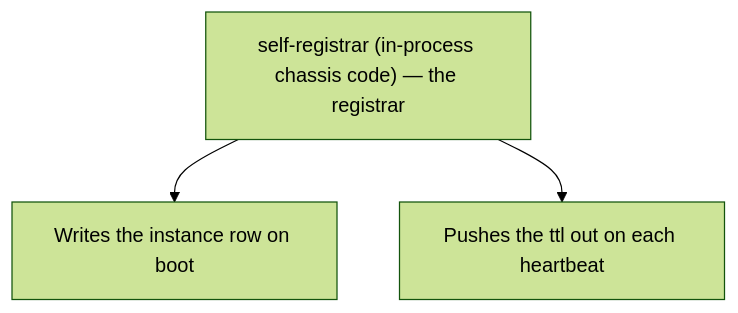
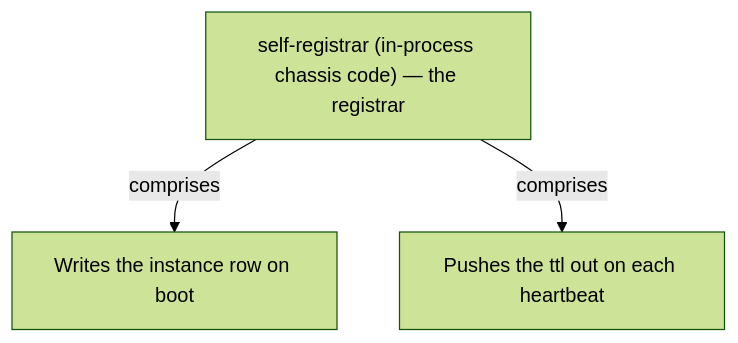
The fifth of 12 diagrams in docs/ch10-self-registration.md (vinayakuber/microservices-io-study-guide), drawn with Mermaid (forest theme) before and after one commit. The commit also changed other lines of this file and 71 other files, not shown here.

First line of the commit message:
R18: label every diagram arrow with its meaning

````diff
--- a/docs/ch10-self-registration.md
+++ b/docs/ch10-self-registration.md
@@ -189,6 +189,6 @@
 ```mermaid
 flowchart TD
   R["self-registrar (in-process chassis code) — the registrar"]
-  R --> P0["Writes the instance row on boot"]
-  R --> P1["Pushes the ttl out on each heartbeat"]
+  R -->|"comprises"| P0["Writes the instance row on boot"]
+  R -->|"comprises"| P1["Pushes the ttl out on each heartbeat"]
 ```
````
